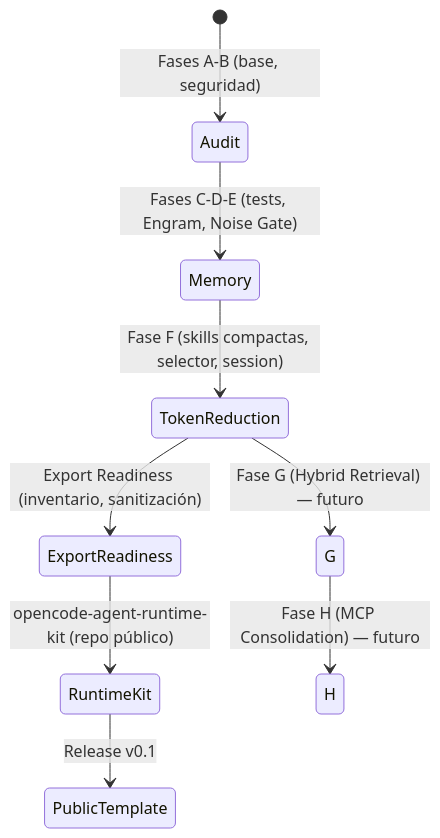
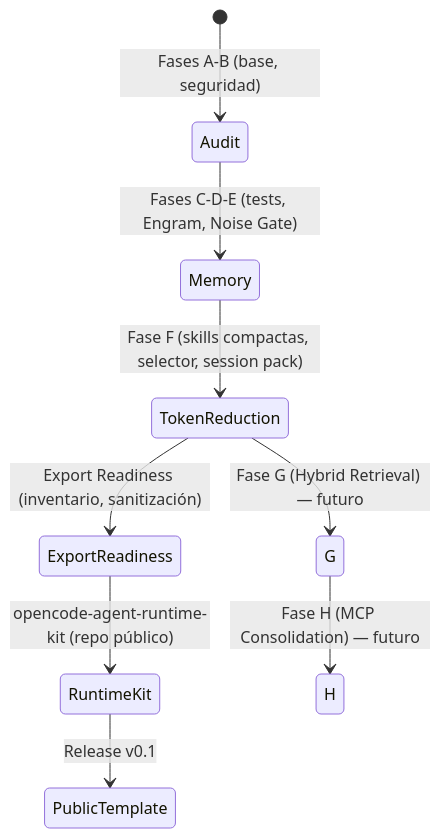
Before and after one commit to harrysxavio/opencode-architecture: the tenth of 10 diagrams in README.md, drawn with Mermaid. The commit also changed other lines of this file and 3 other files, not shown here.

````diff
--- a/README.md
+++ b/README.md
@@ -493,11 +521,11 @@
 ```mermaid
 stateDiagram-v2
     [*] --> Audit: Fases A-B (base, seguridad)
     Audit --> Memory: Fases C-D-E (tests, Engram, Noise Gate)
-    Memory --> TokenReduction: Fase F (skills compactas, selector, session)
+    Memory --> TokenReduction: Fase F (skills compactas, selector, session pack)
     TokenReduction --> ExportReadiness: Export Readiness (inventario, sanitización)
     ExportReadiness --> RuntimeKit: opencode-agent-runtime-kit (repo público)
     RuntimeKit --> PublicTemplate: Release v0.1
     TokenReduction --> G: Fase G (Hybrid Retrieval) — futuro
     G --> H: Fase H (MCP Consolidation) — futuro
 ```
````
